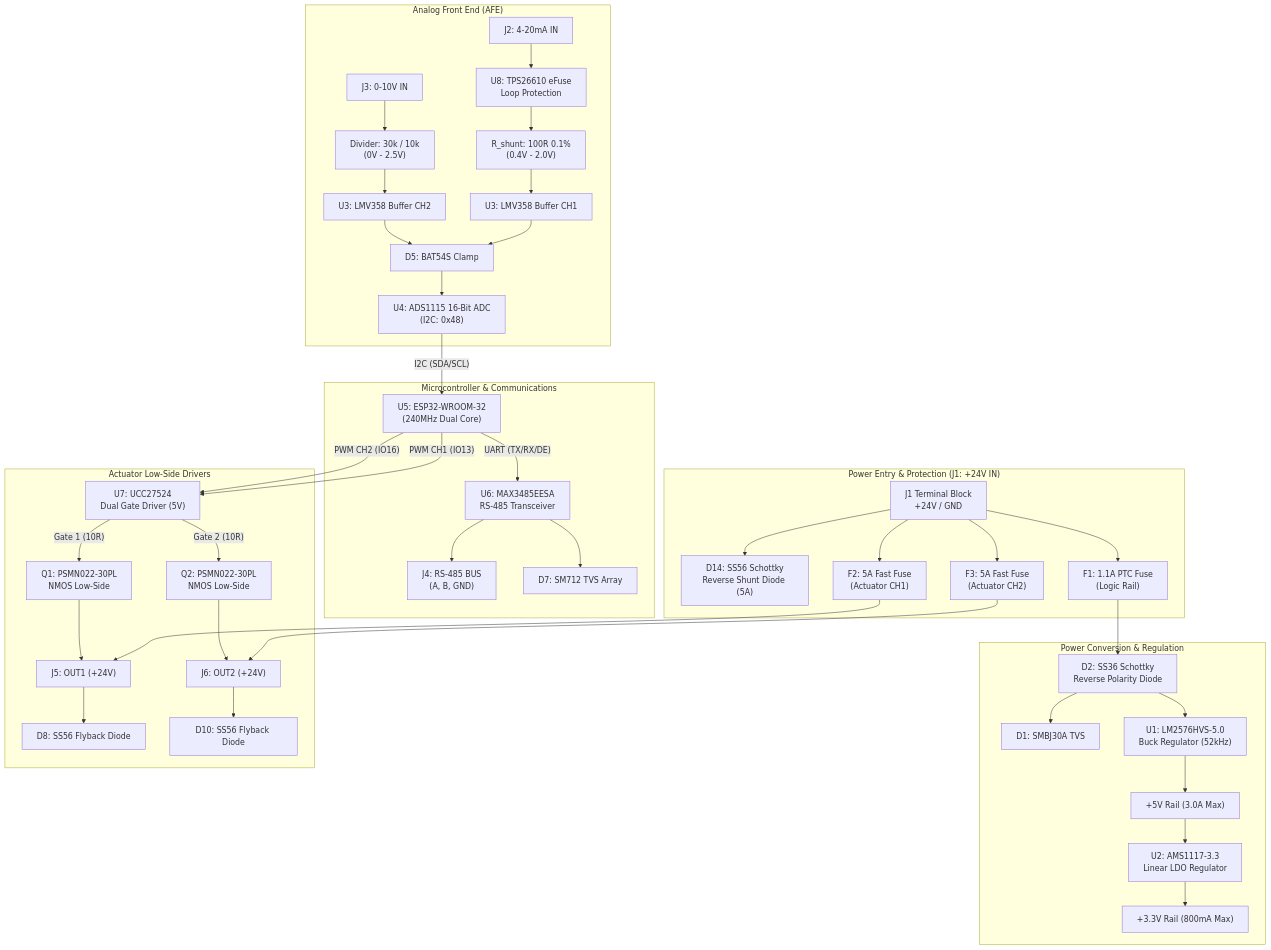
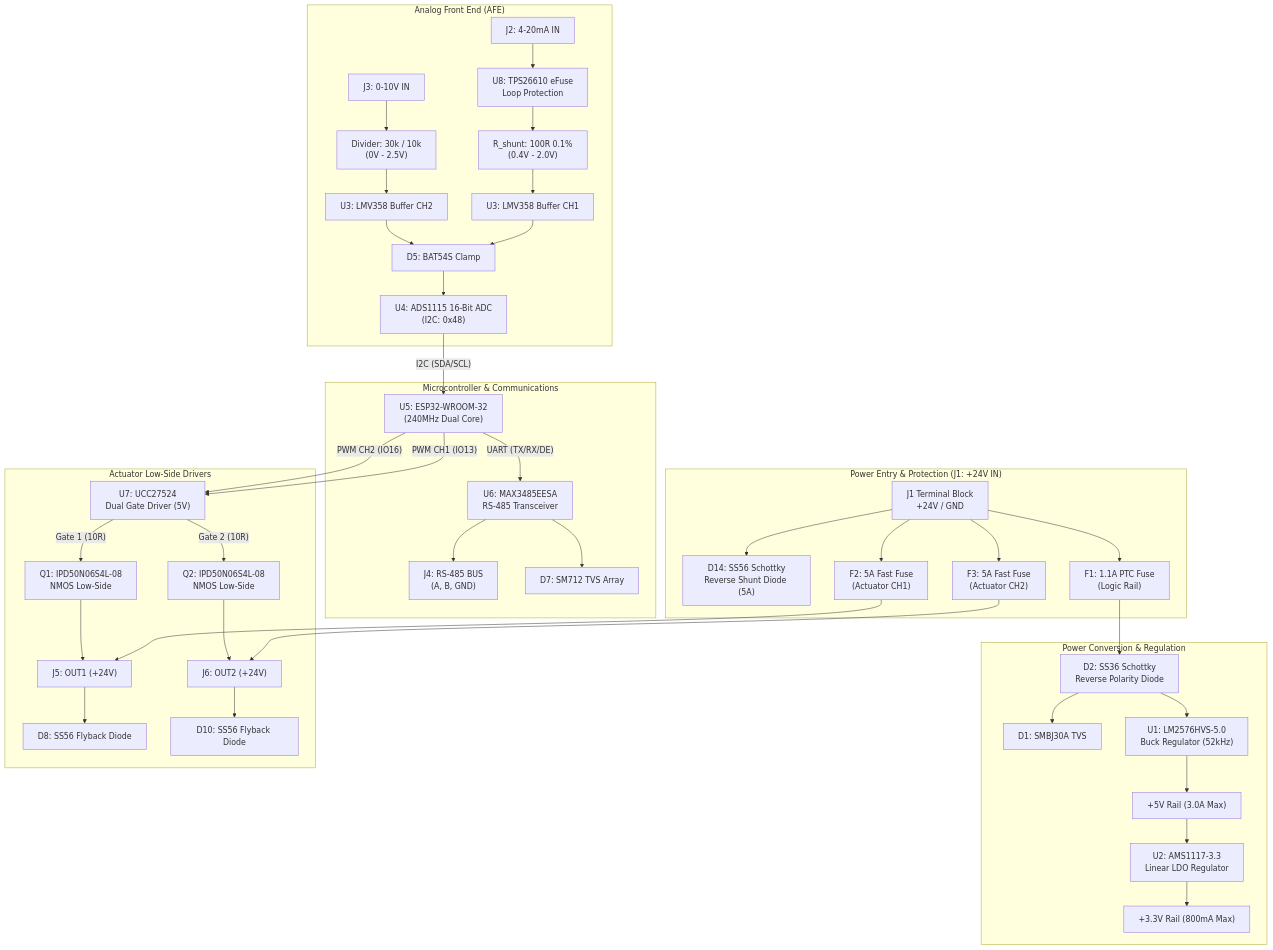
The diagram in eSim_Project/Documentation/02_FUNCTIONAL_BLOCK_DIAGRAM.md (JNikhil11/PCB1_v1), drawn with Mermaid before and after one commit. The commit also changed 34 other files, not shown here.

````diff
--- a/eSim_Project/Documentation/02_FUNCTIONAL_BLOCK_DIAGRAM.md
+++ b/eSim_Project/Documentation/02_FUNCTIONAL_BLOCK_DIAGRAM.md
@@ -4,55 +4,55 @@
 ```mermaid
 graph TD
     subgraph PowerEntry ["Power Entry & Protection (J1: +24V IN)"]
         J1["J1 Terminal Block<br/>+24V / GND"] --> D14["D14: SS56 Schottky<br/>Reverse Shunt Diode (5A)"]
         J1 --> F1["F1: 1.1A PTC Fuse<br/>(Logic Rail)"]
         J1 --> F2["F2: 5A Fast Fuse<br/>(Actuator CH1)"]
         J1 --> F3["F3: 5A Fast Fuse<br/>(Actuator CH2)"]
     end
 
     subgraph PowerConversion ["Power Conversion & Regulation"]
         F1 --> D2["D2: SS36 Schottky<br/>Reverse Polarity Diode"]
         D2 --> D1["D1: SMBJ30A TVS"]
         D2 --> U1["U1: LM2576HVS-5.0<br/>Buck Regulator (52kHz)"]
         U1 --> Rail5V["+5V Rail (3.0A Max)"]
         Rail5V --> U2["U2: AMS1117-3.3<br/>Linear LDO Regulator"]
         U2 --> Rail3V3["+3.3V Rail (800mA Max)"]
     end
 
     subgraph AnalogFrontEnd ["Analog Front End (AFE)"]
         J2["J2: 4-20mA IN"] --> U8["U8: TPS26610 eFuse<br/>Loop Protection"]
         U8 --> Rshunt["R_shunt: 100R 0.1%<br/>(0.4V - 2.0V)"]
         Rshunt --> U3A["U3: LMV358 Buffer CH1"]
         
         J3["J3: 0-10V IN"] --> Rdiv["Divider: 30k / 10k<br/>(0V - 2.5V)"]
         Rdiv --> U3B["U3: LMV358 Buffer CH2"]
 
         U3A --> D5["D5: BAT54S Clamp"]
         U3B --> D5
         D5 --> U4["U4: ADS1115 16-Bit ADC<br/>(I2C: 0x48)"]
     end
 
     subgraph ControllerCore ["Microcontroller & Communications"]
         U5["U5: ESP32-WROOM-32<br/>(240MHz Dual Core)"]
         U4 -- "I2C (SDA/SCL)" --> U5
         U5 -- "UART (TX/RX/DE)" --> U6["U6: MAX3485EESA<br/>RS-485 Transceiver"]
         U6 --> J4["J4: RS-485 BUS<br/>(A, B, GND)"]
         U6 --> D7["D7: SM712 TVS Array"]
     end
 
     subgraph ActuatorOutputs ["Actuator Low-Side Drivers"]
         U5 -- "PWM CH1 (IO13)" --> U7["U7: UCC27524<br/>Dual Gate Driver (5V)"]
         U5 -- "PWM CH2 (IO16)" --> U7
         
-        U7 -- "Gate 1 (10R)" --> Q1["Q1: PSMN022-30PL<br/>NMOS Low-Side"]
-        U7 -- "Gate 2 (10R)" --> Q2["Q2: PSMN022-30PL<br/>NMOS Low-Side"]
+        U7 -- "Gate 1 (10R)" --> Q1["Q1: IPD50N06S4L-08<br/>NMOS Low-Side"]
+        U7 -- "Gate 2 (10R)" --> Q2["Q2: IPD50N06S4L-08<br/>NMOS Low-Side"]
         
         F2 --> J5["J5: OUT1 (+24V)"]
         Q1 --> J5
         J5 --> D8["D8: SS56 Flyback Diode"]
         
         F3 --> J6["J6: OUT2 (+24V)"]
         Q2 --> J6
         J6 --> D10["D10: SS56 Flyback Diode"]
     end
 ```
````
